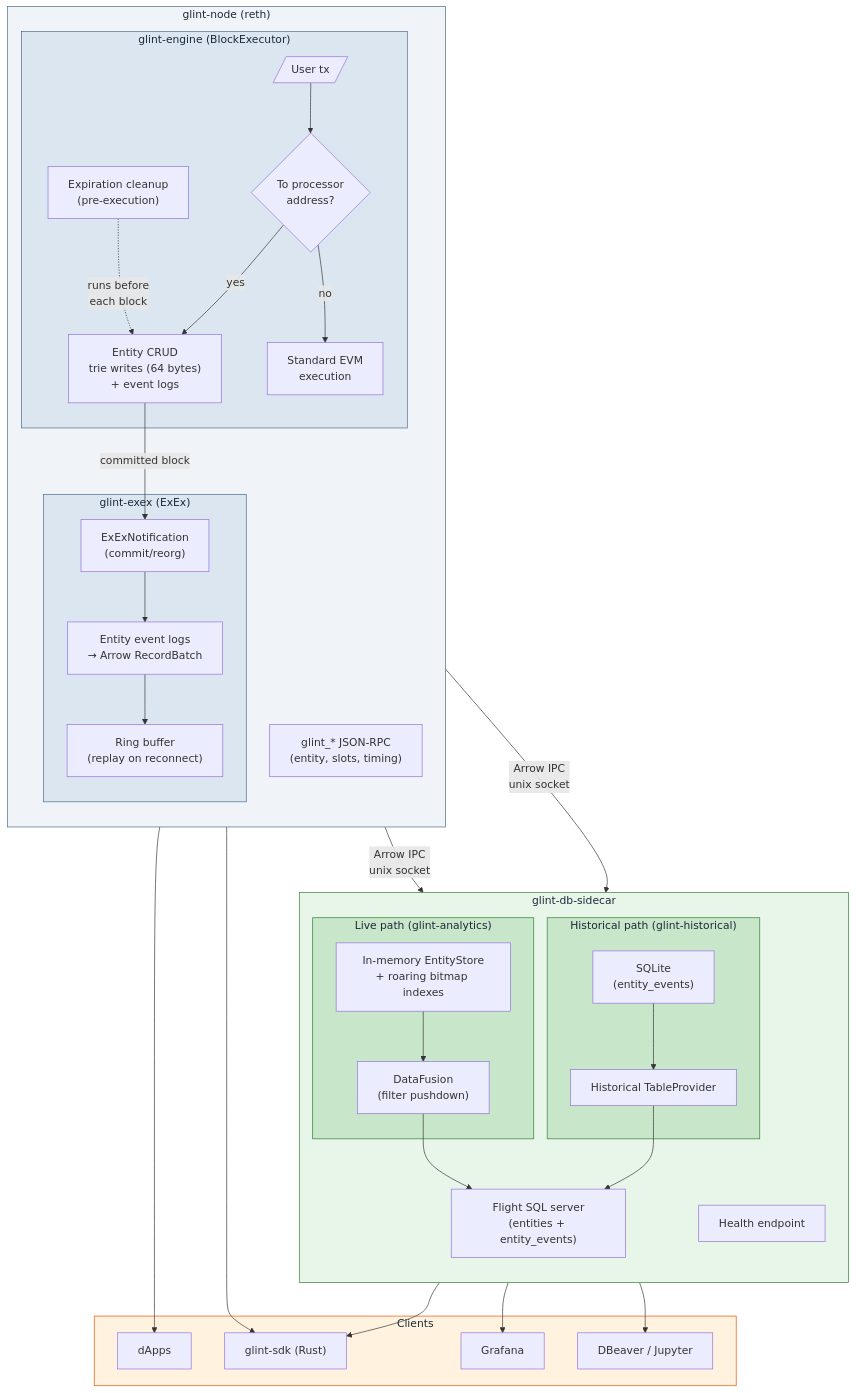
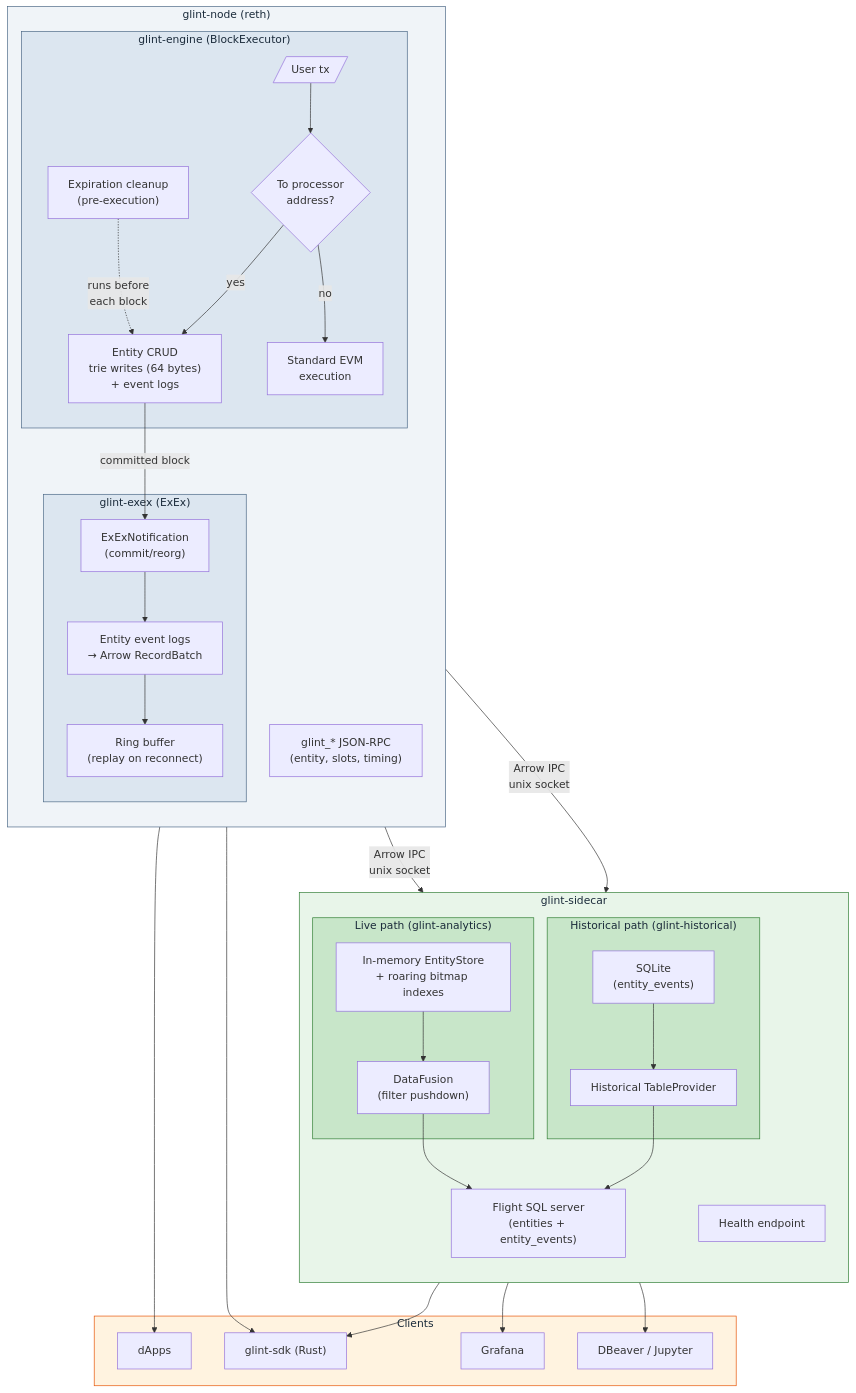
Before and after one commit to vaporif/glint: the diagram in README.md, drawn with Mermaid. The commit also changed other lines of this file and 78 other files, not shown here.

````diff
--- a/README.md
+++ b/README.md
@@ -105,77 +105,77 @@
 ```mermaid
 graph TB
     subgraph node["glint-node (reth)"]
         direction TB
 
         subgraph engine["glint-engine (BlockExecutor)"]
             tx_in[/"User tx"/]
             check{To processor<br/>address?}
             crud["Entity CRUD<br/>trie writes (64 bytes)<br/>+ event logs"]
             evm["Standard EVM<br/>execution"]
             expire["Expiration cleanup<br/>(pre-execution)"]
 
             tx_in --> check
             check -->|yes| crud
             check -->|no| evm
             expire -.->|runs before<br/>each block| crud
         end
 
         subgraph exex["glint-exex (ExEx)"]
             notify["ExExNotification<br/>(commit/reorg)"]
             arrow["Entity event logs<br/>→ Arrow RecordBatch"]
             ring["Ring buffer<br/>(replay on reconnect)"]
             notify --> arrow
             arrow --> ring
         end
 
         rpc_node["glint_* JSON-RPC<br/>(entity, slots, timing)"]
 
         crud -->|committed block| notify
     end
 
-    subgraph sidecar["glint-db-sidecar"]
+    subgraph sidecar["glint-sidecar"]
         direction TB
 
         subgraph live["Live path (glint-analytics)"]
             store["In-memory EntityStore<br/>+ roaring bitmap indexes"]
             df["DataFusion<br/>(filter pushdown)"]
             store --> df
         end
 
         subgraph hist["Historical path (glint-historical)"]
             sqlite["SQLite<br/>(entity_events)"]
             hist_prov["Historical TableProvider"]
             sqlite --> hist_prov
         end
 
         flight["Flight SQL server<br/>(entities + entity_events)"]
         health["Health endpoint"]
 
         df --> flight
         hist_prov --> flight
     end
 
     ring -->|Arrow IPC<br/>unix socket| store
     ring -->|Arrow IPC<br/>unix socket| sqlite
 
     subgraph clients["Clients"]
         sdk["glint-sdk (Rust)"]
         grafana["Grafana"]
         dbeaver["DBeaver / Jupyter"]
         app["dApps"]
     end
 
     flight --> sdk
     flight --> grafana
     flight --> dbeaver
     rpc_node --> app
     rpc_node --> sdk
 
     style node fill:#f0f4f8,stroke:#4a6785,color:#1a2a3a
     style engine fill:#dce6f0,stroke:#4a6785,color:#1a2a3a
     style exex fill:#dce6f0,stroke:#4a6785,color:#1a2a3a
     style sidecar fill:#e8f5e9,stroke:#2e7d32,color:#1a2a3a
     style live fill:#c8e6c9,stroke:#2e7d32,color:#1a2a3a
     style hist fill:#c8e6c9,stroke:#2e7d32,color:#1a2a3a
     style clients fill:#fff3e0,stroke:#e65100,color:#1a2a3a
 ```
````
